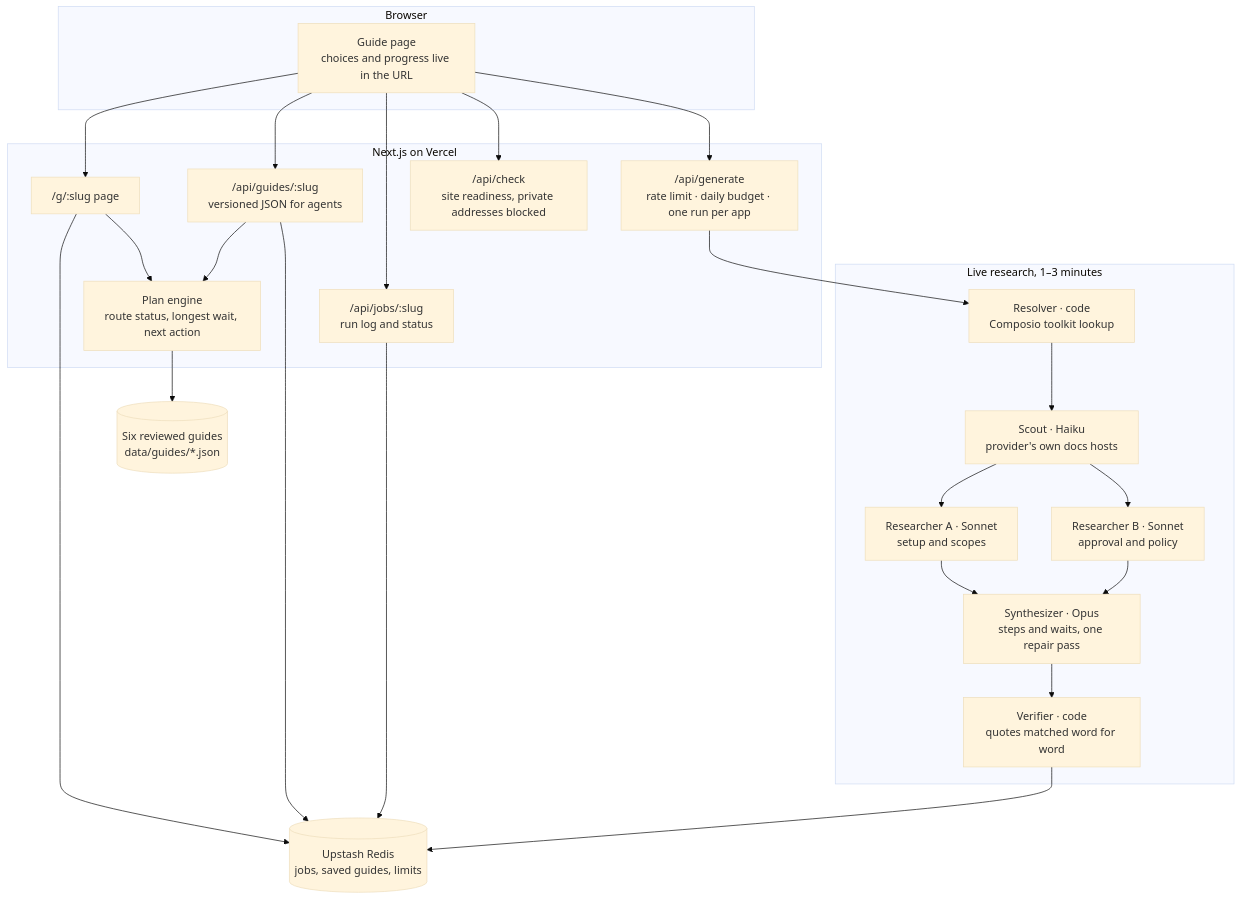
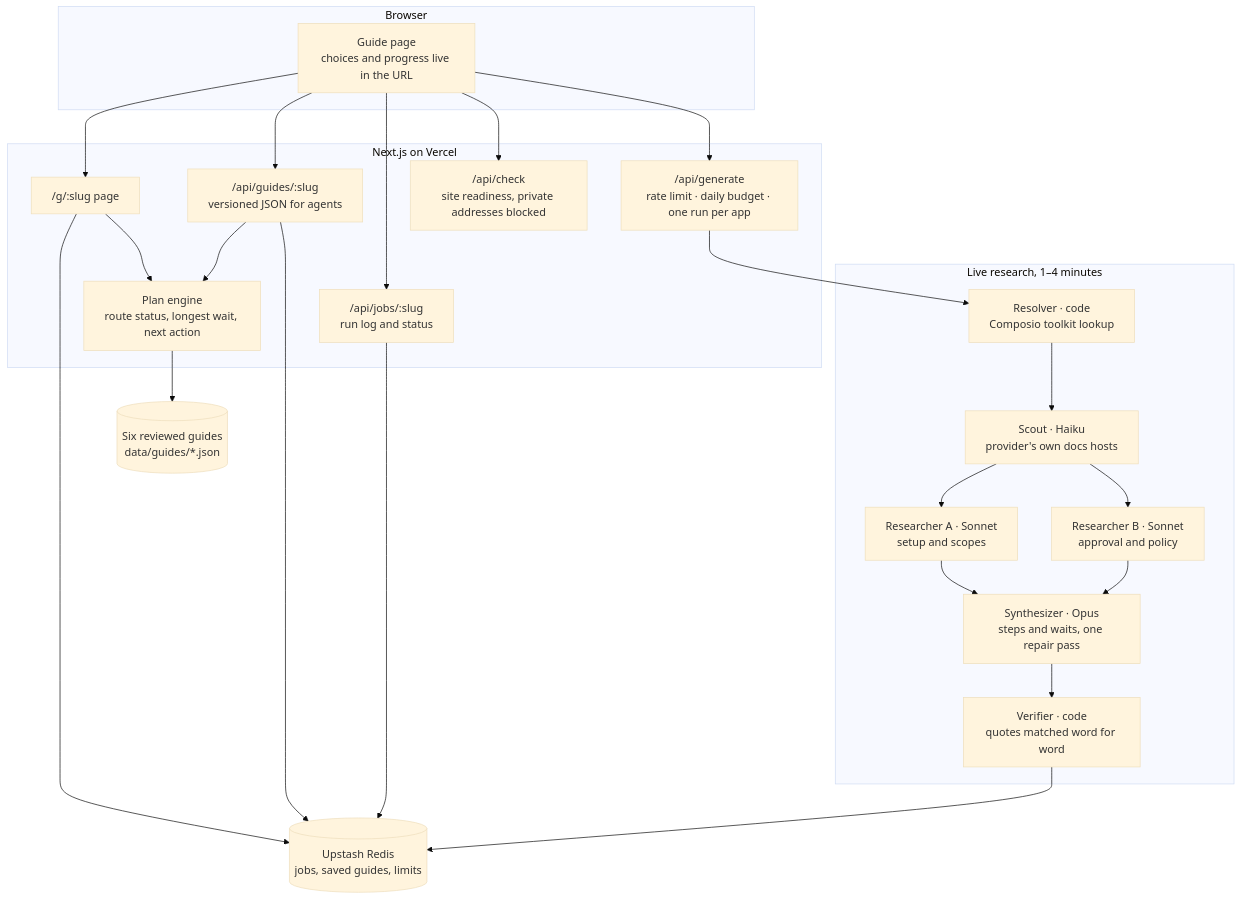
The second of 2 diagrams in README.md (nanddave/clearance-oauth), drawn with Mermaid (base theme) before and after one commit. The commit also changed other lines of this file and 2 other files, not shown here.

Commit message:
docs: live research with Composio coverage confirmed

````diff
--- a/README.md
+++ b/README.md
@@ -42,29 +42,29 @@
 ```mermaid
 flowchart TB
   subgraph Browser
     UI["Guide page<br/>choices and progress live in the URL"]
   end
   subgraph App["Next.js on Vercel"]
     G["/g/:slug page"]
     J["/api/guides/:slug<br/>versioned JSON for agents"]
     GEN["/api/generate<br/>rate limit · daily budget · one run per app"]
     POLL["/api/jobs/:slug<br/>run log and status"]
     CHK["/api/check<br/>site readiness, private addresses blocked"]
     ENG["Plan engine<br/>route status, longest wait, next action"]
   end
-  subgraph Research["Live research, 1–3 minutes"]
+  subgraph Research["Live research, 1–4 minutes"]
     R["Resolver · code<br/>Composio toolkit lookup"]
     S["Scout · Haiku<br/>provider's own docs hosts"]
     RA["Researcher A · Sonnet<br/>setup and scopes"]
     RB["Researcher B · Sonnet<br/>approval and policy"]
     SY["Synthesizer · Opus<br/>steps and waits, one repair pass"]
     V["Verifier · code<br/>quotes matched word for word"]
   end
   DATA[("Six reviewed guides<br/>data/guides/*.json")]
   KV[("Upstash Redis<br/>jobs, saved guides, limits")]
   UI --> G & J & GEN & POLL & CHK
   G & J --> ENG
   ENG --> DATA
   G & J & POLL --> KV
   GEN --> R --> S --> RA & RB --> SY --> V --> KV
 ```
````
